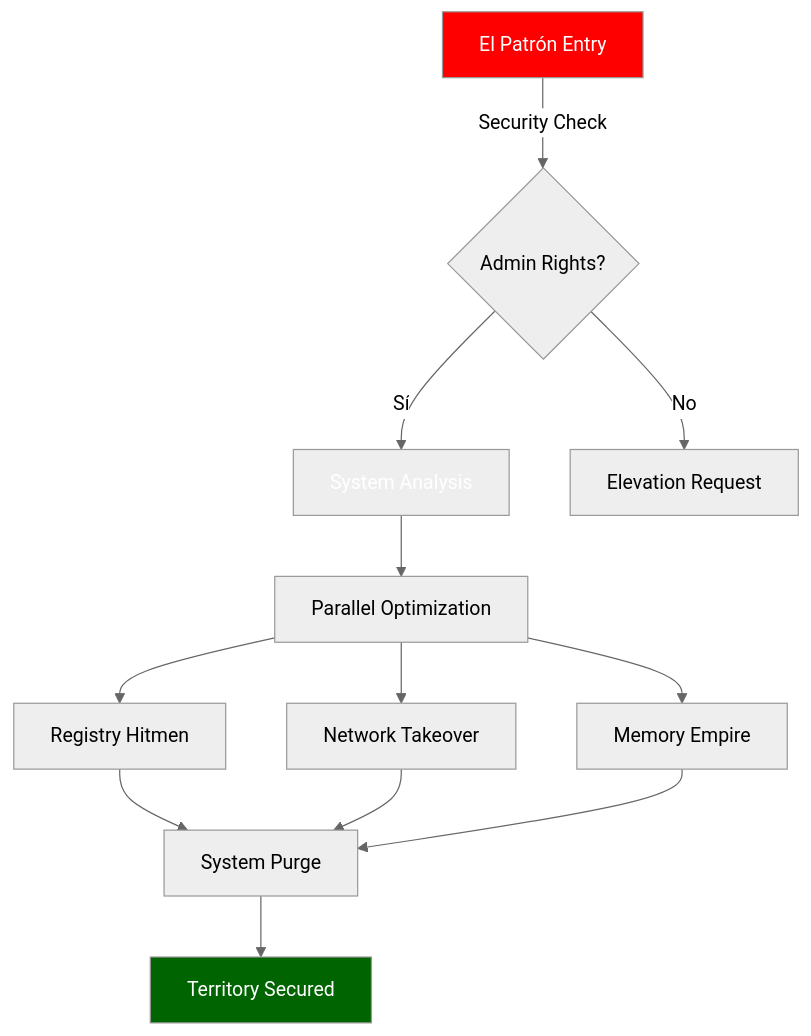
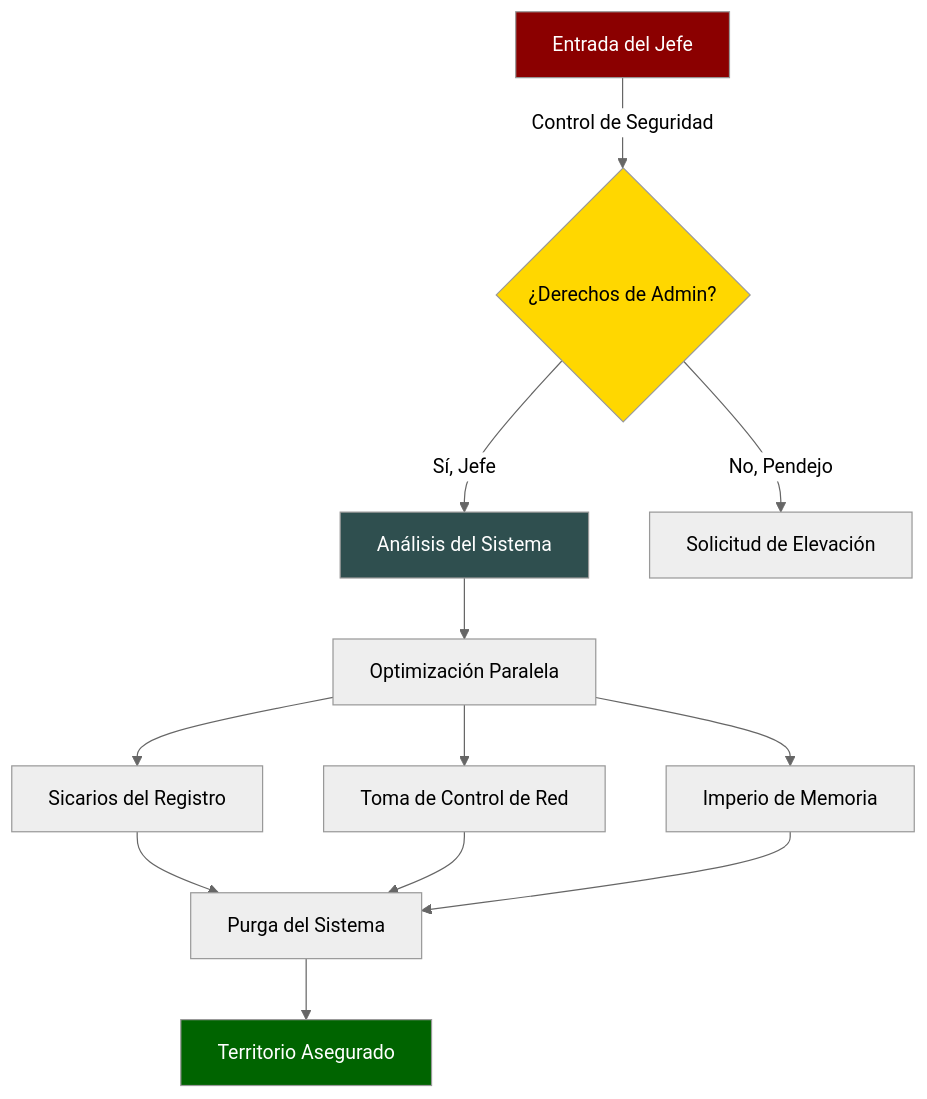
One commit to donpablonows/winfast changed the diagram in README.md. Above: the diagram before and after it, drawn with Mermaid (neutral theme). The commit also changed other lines of this file, not shown here.

````diff
--- a/README.md
+++ b/README.md
@@ -232,18 +233,18 @@
 ```mermaid
 graph TD
-    A[El Patrón Entry] -->|Security Check| B{Admin Rights?}
-    B -->|Sí| C[System Analysis]
-    B -->|No| D[Elevation Request]
-    C --> E[Parallel Optimization]
-    E --> F[Registry Hitmen]
-    E --> G[Network Takeover]
-    E --> H[Memory Empire]
-    F --> I[System Purge]
+    A[Entrada del Jefe] -->|Control de Seguridad| B{¿Derechos de Admin?}
+    B -->|Sí, Jefe| C[Análisis del Sistema]
+    B -->|No, Pendejo| D[Solicitud de Elevación]
+    C --> E[Optimización Paralela]
+    E --> F[Sicarios del Registro]
+    E --> G[Toma de Control de Red]
+    E --> H[Imperio de Memoria]
+    F --> I[Purga del Sistema]
     G --> I
     H --> I
-    I --> J[Territory Secured]
-    style A fill:#ff0000,color:#fff
-    style B fill:#gold,color:#000
-    style C fill:#darkred,color:#fff
+    I --> J[Territorio Asegurado]
+    style A fill:#8B0000,color:#fff
+    style B fill:#FFD700,color:#000
+    style C fill:#2F4F4F,color:#fff
     style J fill:#006400,color:#fff
 ```
````
